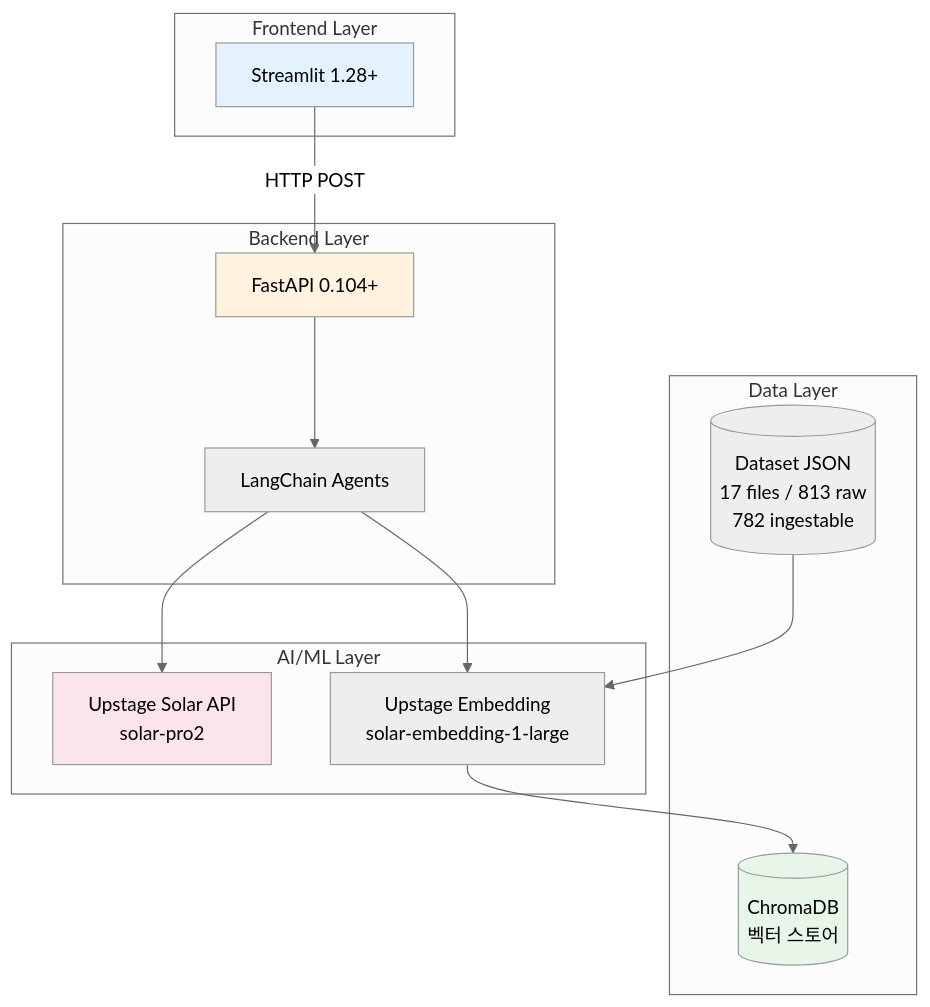
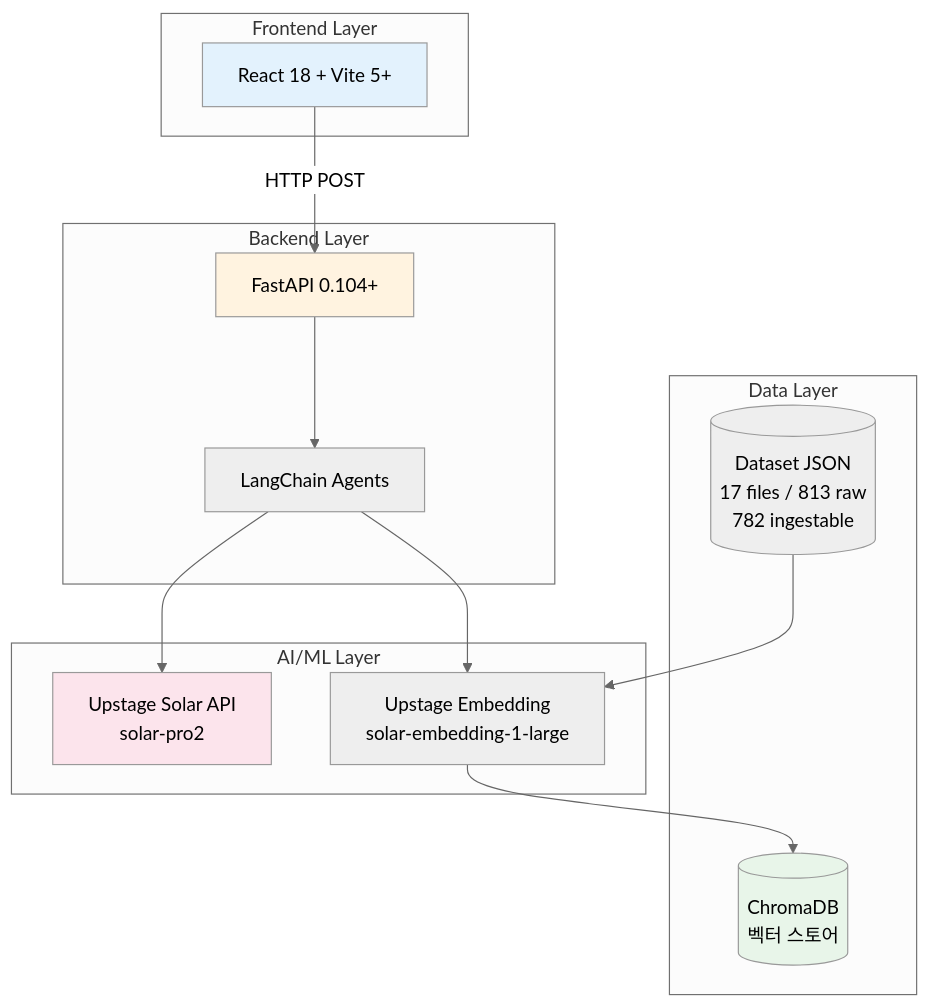
One commit to atozwizard/trade-onboarding-agent changed the fourth of 5 diagrams in README.md. Above: the diagram before and after it, drawn with Mermaid (neutral theme). The commit also changed other lines of this file and 18 other files, not shown here.

````diff
--- a/README.md
+++ b/README.md
@@ -511,33 +513,33 @@
 ```mermaid
 graph TB
     subgraph Frontend [Frontend Layer]
-        UI[Streamlit 1.28+]
+        UI[React 18 + Vite 5+]
     end
 
     subgraph Backend [Backend Layer]
         API[FastAPI 0.104+]
         Agent[LangChain Agents]
     end
 
     subgraph AI [AI/ML Layer]
         LLM[Upstage Solar API<br/>solar-pro2]
         Embed[Upstage Embedding<br/>solar-embedding-1-large]
     end
 
     subgraph Data [Data Layer]
         VDB[(ChromaDB<br/>벡터 스토어)]
         JSON[(Dataset JSON<br/>17 files / 813 raw<br/>782 ingestable)]
     end
 
     UI -->|HTTP POST| API
     API --> Agent
     Agent --> LLM
     Agent --> Embed
     Embed --> VDB
     JSON --> Embed
 
     style UI fill:#E3F2FD
     style API fill:#FFF3E0
     style LLM fill:#FCE4EC
     style VDB fill:#E8F5E9
 ```
````
